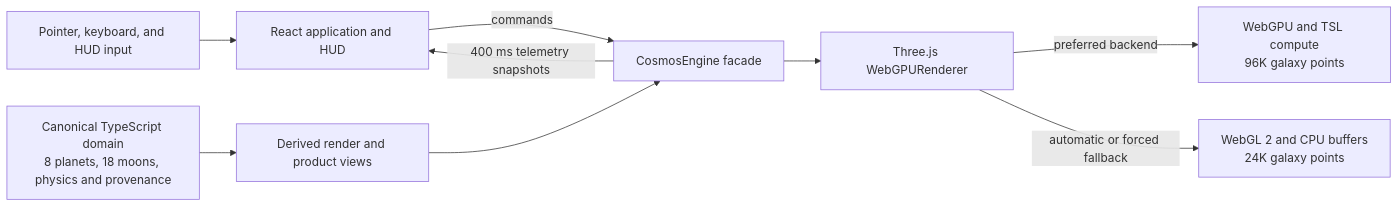
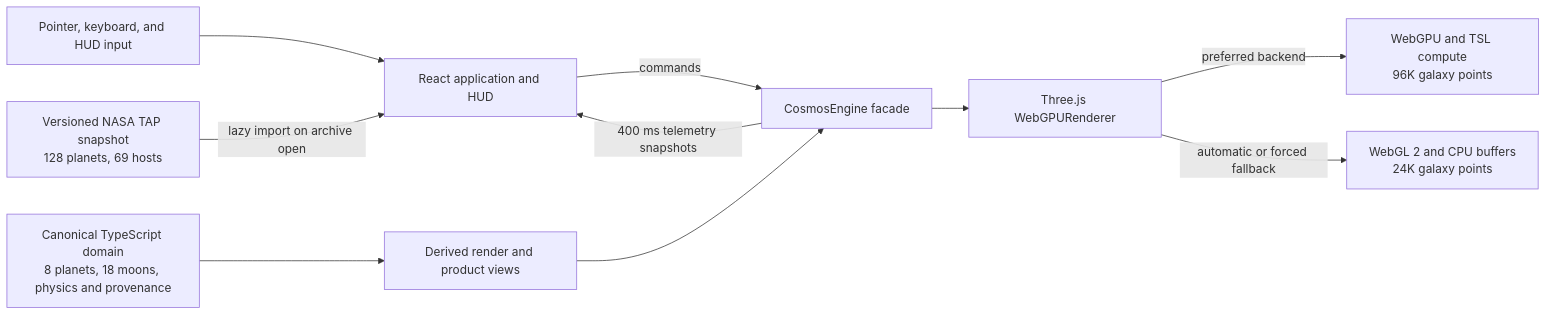
One commit to tianrking/SpaceEngine-Web changed the diagram in README.md. Above: the diagram before and after it, drawn with Mermaid. The commit also changed other lines of this file and 8 other files, not shown here.

````diff
--- a/README.md
+++ b/README.md
@@ -162,11 +173,12 @@
 ```mermaid
 flowchart LR
   User["Pointer, keyboard, and HUD input"] --> UI["React application and HUD"]
   UI -->|commands| Engine["CosmosEngine facade"]
   Engine -->|400 ms telemetry snapshots| UI
   Domain["Canonical TypeScript domain<br/>8 planets, 18 moons, physics and provenance"] --> Catalog["Derived render and product views"]
   Catalog --> Engine
+  Snapshot["Versioned NASA TAP snapshot<br/>128 planets, 69 hosts"] -->|lazy import on archive open| UI
   Engine --> Renderer["Three.js WebGPURenderer"]
   Renderer -->|preferred backend| GPU["WebGPU and TSL compute<br/>96K galaxy points"]
   Renderer -->|automatic or forced fallback| GL["WebGL 2 and CPU buffers<br/>24K galaxy points"]
 ```
````
